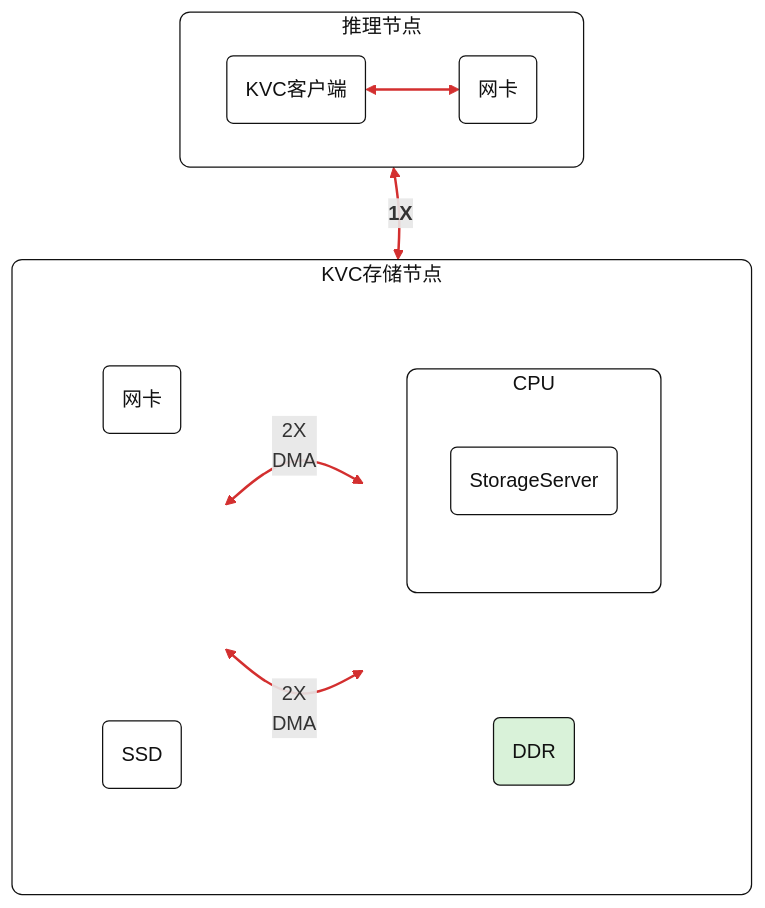
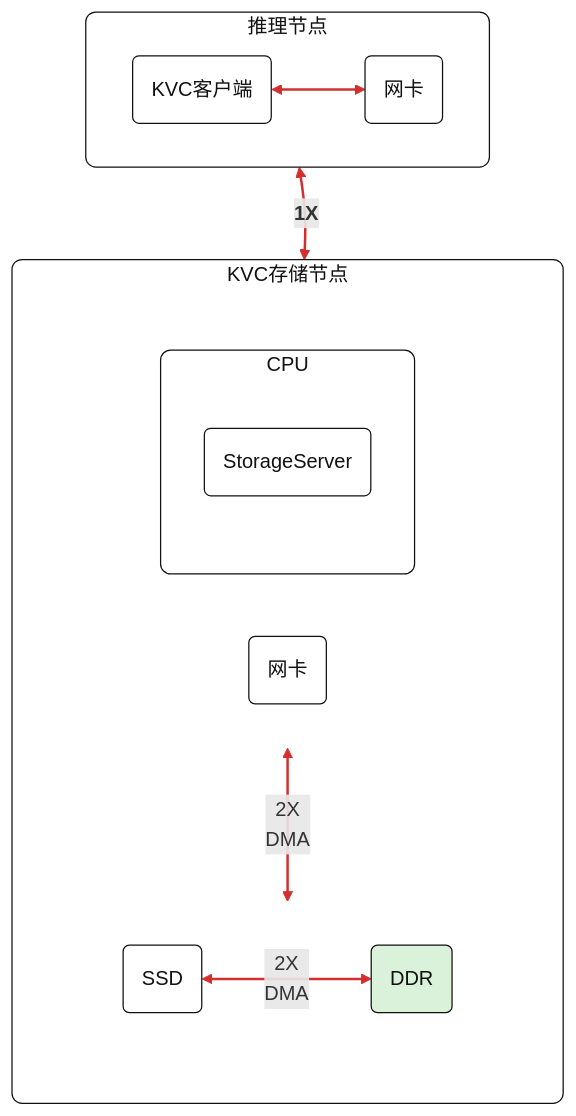
Before and after one commit to kunpengcompute/spdk: the diagram in doc/l0_enablement.md, drawn with Mermaid.

Commit message:
doc: restore earlier L0 diagram layout

````diff
--- a/doc/l0_enablement.md
+++ b/doc/l0_enablement.md
@@ -19,51 +19,50 @@
 ```mermaid
 flowchart TB
     subgraph inference_node["推理节点"]
         direction LR
         kvc_client("KVC客户端") <--> infer_nic("网卡")
     end
 
     subgraph storage_node["KVC存储节点"]
-        direction LR
+        direction TB
 
-        subgraph storage_left[" "]
-            direction TB
+        subgraph storage_top[" "]
+            direction LR
+
             subgraph cpu_box["CPU"]
                 direction TB
                 storage_server("StorageServer")
             end
-            ddr_box("DDR")
+
+            storage_nic("网卡")
         end
 
-        subgraph storage_right[" "]
-            direction TB
-            storage_nic("网卡")
-            right_mid_spacer[" "]
+        subgraph storage_bottom[" "]
+            direction LR
+            ddr_box("DDR")
             ssd_box("SSD")
         end
 
         storage_server ~~~ ddr_box
-        storage_nic ~~~ right_mid_spacer
-        right_mid_spacer ~~~ ssd_box
+        storage_nic ~~~ ssd_box
         storage_nic <-->|"2X<br/>DMA"| ddr_box
         ssd_box <-->|"2X<br/>DMA"| ddr_box
     end
 
     kvc_client ~~~ storage_server
     infer_nic <-->|"<b>1X</b>"| storage_nic
 
     classDef defaultBox fill:#ffffff,stroke:#111111,stroke-width:1px,color:#111111;
     classDef ddrBox fill:#d9f2d9,stroke:#111111,stroke-width:1px,color:#111111;
     class kvc_client,infer_nic,storage_nic,ssd_box,storage_server defaultBox;
     class ddr_box ddrBox;
     style inference_node fill:#ffffff,stroke:#111111,stroke-width:1px,color:#111111,rx:8px,ry:8px;
     style storage_node fill:#ffffff,stroke:#111111,stroke-width:1px,color:#111111,rx:8px,ry:8px;
-    style storage_left fill:transparent,stroke:transparent,color:transparent;
-    style storage_right fill:transparent,stroke:transparent,color:transparent;
-    style right_mid_spacer fill:transparent,stroke:transparent,color:transparent;
+    style storage_top fill:transparent,stroke:transparent,color:transparent;
+    style storage_bottom fill:transparent,stroke:transparent,color:transparent;
     style cpu_box fill:#ffffff,stroke:#111111,stroke-width:1px,color:#111111,rx:8px,ry:8px;
     linkStyle 0 stroke:#d32f2f,stroke-width:2px;
+    linkStyle 3 stroke:#d32f2f,stroke-width:2px;
     linkStyle 4 stroke:#d32f2f,stroke-width:2px;
-    linkStyle 5 stroke:#d32f2f,stroke-width:2px;
-    linkStyle 7 stroke:#d32f2f,stroke-width:2px;
+    linkStyle 6 stroke:#d32f2f,stroke-width:2px;
 ```
````
